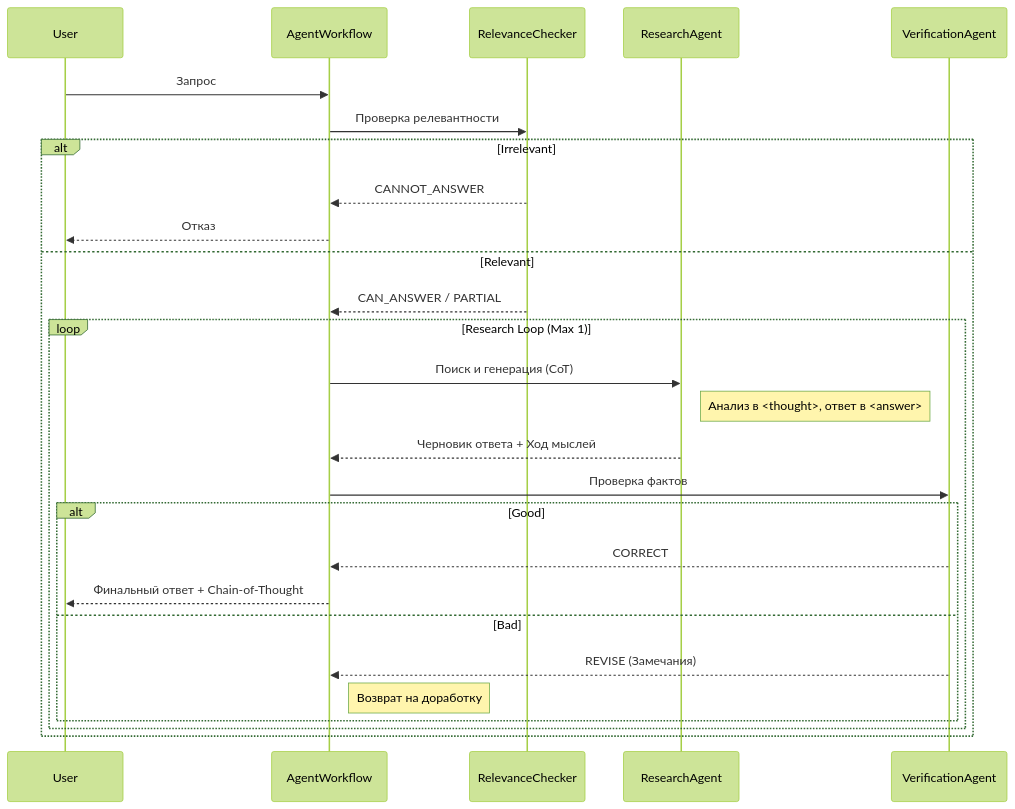
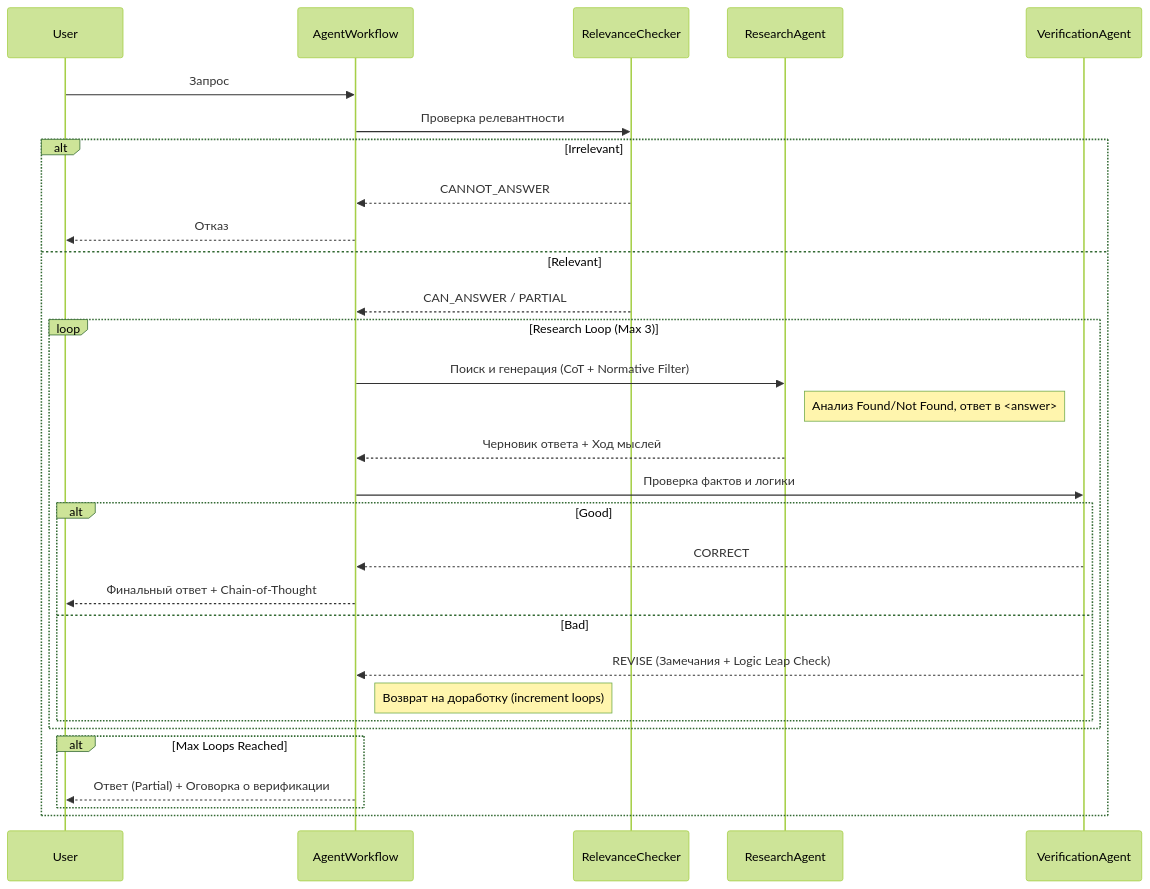
One commit to spqr-86/safety-incident-analyzer changed the diagram in docs/architecture/README.md. Above: the diagram before and after it, drawn with Mermaid (forest theme). The commit also changed other lines of this file and 3 other files, not shown here.

Commit message:
Update documentation to reflect Normative Accuracy philosophy and workflow stabilization

````diff
--- a/docs/architecture/README.md
+++ b/docs/architecture/README.md
@@ -20,30 +20,33 @@
 ```mermaid
 sequenceDiagram
     participant User
     participant Workflow as AgentWorkflow
     participant Relevance as RelevanceChecker
     participant Research as ResearchAgent
     participant Verify as VerificationAgent
 
     User->>Workflow: Запрос
     Workflow->>Relevance: Проверка релевантности
     alt Irrelevant
         Relevance-->>Workflow: CANNOT_ANSWER
         Workflow-->>User: Отказ
     else Relevant
         Relevance-->>Workflow: CAN_ANSWER / PARTIAL
-        loop Research Loop (Max 1)
-            Workflow->>Research: Поиск и генерация (CoT)
-            Note right of Research: Анализ в <thought>, ответ в <answer>
+        loop Research Loop (Max 3)
+            Workflow->>Research: Поиск и генерация (CoT + Normative Filter)
+            Note right of Research: Анализ Found/Not Found, ответ в <answer>
             Research-->>Workflow: Черновик ответа + Ход мыслей
-            Workflow->>Verify: Проверка фактов
+            Workflow->>Verify: Проверка фактов и логики
             alt Good
                 Verify-->>Workflow: CORRECT
                 Workflow-->>User: Финальный ответ + Chain-of-Thought
             else Bad
-                Verify-->>Workflow: REVISE (Замечания)
-                Note right of Workflow: Возврат на доработку
+                Verify-->>Workflow: REVISE (Замечания + Logic Leap Check)
+                Note right of Workflow: Возврат на доработку (increment loops)
             end
+        end
+        alt Max Loops Reached
+            Workflow-->>User: Ответ (Partial) + Оговорка о верификации
         end
     end
 ```
````
